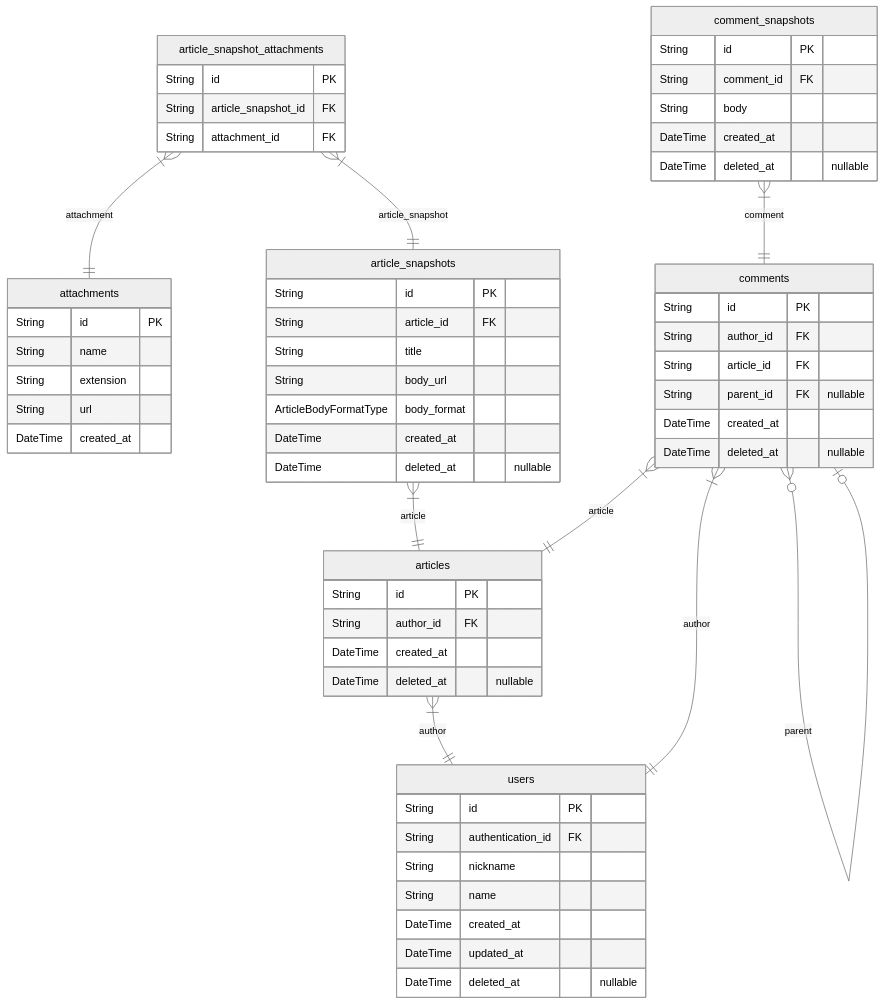
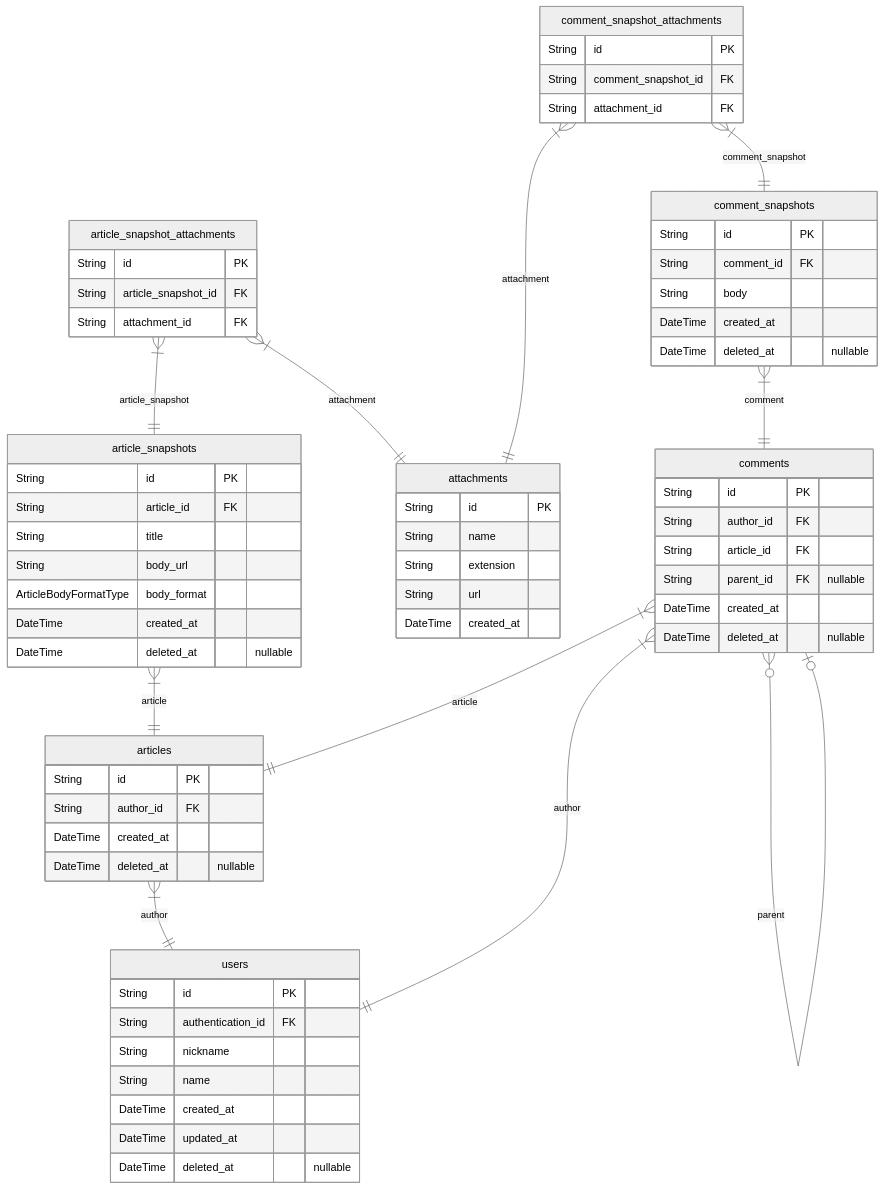
One commit to rojiwon123/bbs changed the first of 2 diagrams in ERD.md. Above: the diagram before and after it, drawn with Mermaid (neutral theme). The commit also changed other lines of this file and 4 other files, not shown here.

````diff
--- a/ERD.md
+++ b/ERD.md
@@ -10,62 +10,69 @@
 ```mermaid
 erDiagram
-attachments {
-    String id PK
-    String name
-    String extension
-    String url
-    DateTime created_at
-}
 articles {
     String id PK
     String author_id FK
     DateTime created_at
     DateTime deleted_at "nullable"
 }
 article_snapshots {
     String id PK
     String article_id FK
     String title
     String body_url
     ArticleBodyFormatType body_format
     DateTime created_at
     DateTime deleted_at "nullable"
 }
 article_snapshot_attachments {
     String id PK
     String article_snapshot_id FK
     String attachment_id FK
 }
+attachments {
+    String id PK
+    String name
+    String extension
+    String url
+    DateTime created_at
+}
 comments {
     String id PK
     String author_id FK
     String article_id FK
     String parent_id FK "nullable"
     DateTime created_at
     DateTime deleted_at "nullable"
 }
 comment_snapshots {
     String id PK
     String comment_id FK
     String body
     DateTime created_at
     DateTime deleted_at "nullable"
+}
+comment_snapshot_attachments {
+    String id PK
+    String comment_snapshot_id FK
+    String attachment_id FK
 }
 users {
     String id PK
     String authentication_id FK
     String nickname
     String name
     DateTime created_at
     DateTime updated_at
     DateTime deleted_at "nullable"
 }
 articles }|--|| users : author
 article_snapshots }|--|| articles : article
 article_snapshot_attachments }|--|| article_snapshots : article_snapshot
 article_snapshot_attachments }|--|| attachments : attachment
 comments }|--|| users : author
 comments }|--|| articles : article
 comments }o--o| comments : parent
 comment_snapshots }|--|| comments : comment
+comment_snapshot_attachments }|--|| comment_snapshots : comment_snapshot
+comment_snapshot_attachments }|--|| attachments : attachment
 ```
````
